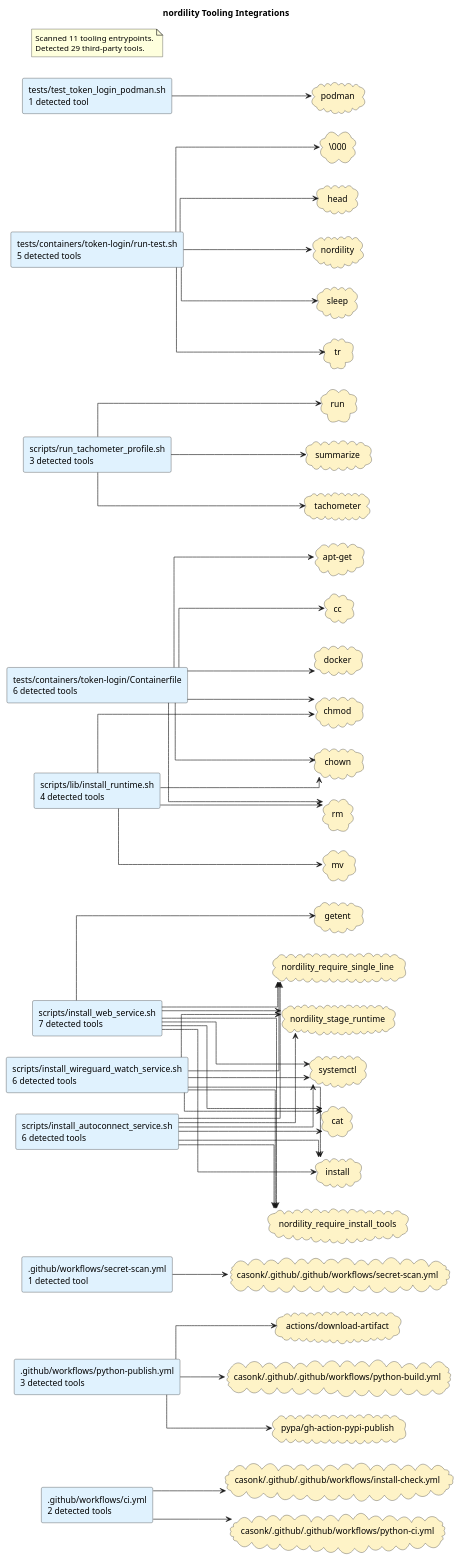
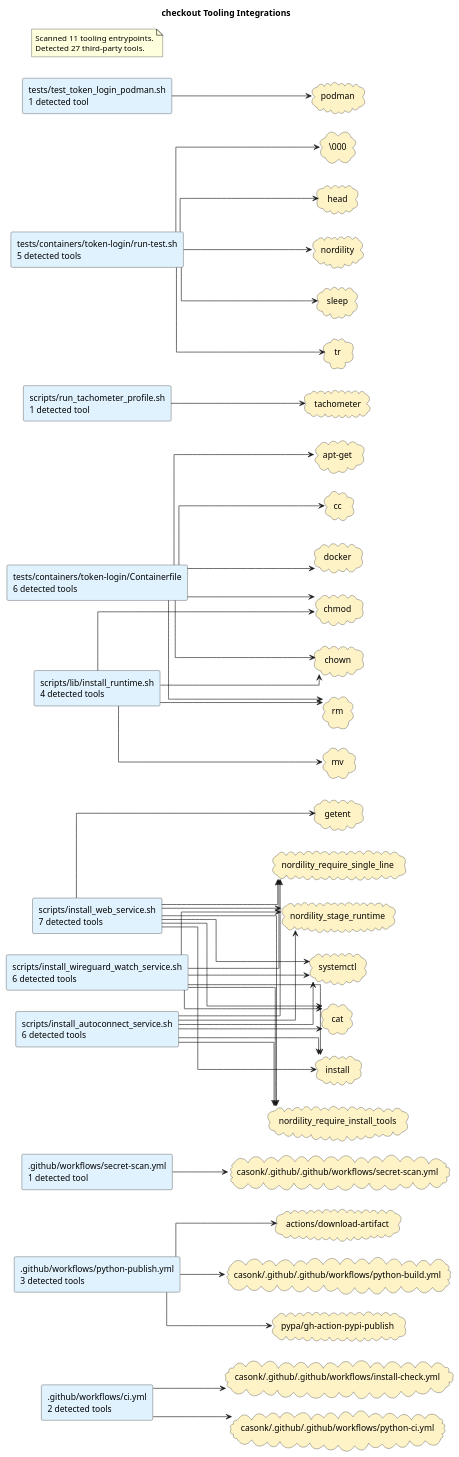
One commit to casonk/nordility changed the diagram in docs/diagrams/tooling-integrations.puml. Above: the diagram before and after it, drawn with PlantUML. The commit also changed 9 other files, not shown here.

Commit message:
docs: refresh generated architecture diagrams (#22)

```diff
--- a/docs/diagrams/tooling-integrations.puml
+++ b/docs/diagrams/tooling-integrations.puml
@@ -1,96 +1,92 @@
 @startuml
-title nordility Tooling Integrations
+title checkout Tooling Integrations
 left to right direction
 skinparam shadowing false
 skinparam defaultFontName Monospace
 skinparam componentStyle rectangle
 skinparam linetype ortho
 rectangle ".github/workflows/ci.yml\n2 detected tools" as source_github_workflows_ci_yml #E0F2FE
 rectangle ".github/workflows/python-publish.yml\n3 detected tools" as source_github_workflows_python_publish_yml #E0F2FE
 rectangle ".github/workflows/secret-scan.yml\n1 detected tool" as source_github_workflows_secret_scan_yml #E0F2FE
 rectangle "scripts/install_autoconnect_service.sh\n6 detected tools" as source_scripts_install_autoconnect_service_sh #E0F2FE
 rectangle "scripts/install_web_service.sh\n7 detected tools" as source_scripts_install_web_service_sh #E0F2FE
 rectangle "scripts/install_wireguard_watch_service.sh\n6 detected tools" as source_scripts_install_wireguard_watch_service_sh #E0F2FE
 rectangle "scripts/lib/install_runtime.sh\n4 detected tools" as source_scripts_lib_install_runtime_sh #E0F2FE
-rectangle "scripts/run_tachometer_profile.sh\n3 detected tools" as source_scripts_run_tachometer_profile_sh #E0F2FE
+rectangle "scripts/run_tachometer_profile.sh\n1 detected tool" as source_scripts_run_tachometer_profile_sh #E0F2FE
 rectangle "tests/containers/token-login/Containerfile\n6 detected tools" as source_tests_containers_token_login_containerfile #E0F2FE
 rectangle "tests/containers/token-login/run-test.sh\n5 detected tools" as source_tests_containers_token_login_run_test_sh #E0F2FE
 rectangle "tests/test_token_login_podman.sh\n1 detected tool" as source_tests_test_token_login_podman_sh #E0F2FE
 cloud "\\000" as tool_tool_000 #FEF3C7
 cloud "actions/download-artifact" as tool_actions_download_artifact #FEF3C7
 cloud "apt-get" as tool_apt_get #FEF3C7
 cloud "casonk/.github/.github/workflows/install-check.yml" as tool_casonk_github_github_workflows_install_check_yml #FEF3C7
 cloud "casonk/.github/.github/workflows/python-build.yml" as tool_casonk_github_github_workflows_python_build_yml #FEF3C7
 cloud "casonk/.github/.github/workflows/python-ci.yml" as tool_casonk_github_github_workflows_python_ci_yml #FEF3C7
 cloud "casonk/.github/.github/workflows/secret-scan.yml" as tool_casonk_github_github_workflows_secret_scan_yml #FEF3C7
 cloud "cat" as tool_cat #FEF3C7
 cloud "cc" as tool_cc #FEF3C7
 cloud "chmod" as tool_chmod #FEF3C7
 cloud "chown" as tool_chown #FEF3C7
 cloud "docker" as tool_docker #FEF3C7
 cloud "getent" as tool_getent #FEF3C7
 cloud "head" as tool_head #FEF3C7
 cloud "install" as tool_install #FEF3C7
 cloud "mv" as tool_mv #FEF3C7
 cloud "nordility" as tool_nordility #FEF3C7
 cloud "nordility_require_install_tools" as tool_nordility_require_install_tools #FEF3C7
 cloud "nordility_require_single_line" as tool_nordility_require_single_line #FEF3C7
 cloud "nordility_stage_runtime" as tool_nordility_stage_runtime #FEF3C7
 cloud "podman" as tool_podman #FEF3C7
 cloud "pypa/gh-action-pypi-publish" as tool_pypa_gh_action_pypi_publish #FEF3C7
 cloud "rm" as tool_rm #FEF3C7
-cloud "run" as tool_run #FEF3C7
 cloud "sleep" as tool_sleep #FEF3C7
-cloud "summarize" as tool_summarize #FEF3C7
 cloud "systemctl" as tool_systemctl #FEF3C7
 cloud "tachometer" as tool_tachometer #FEF3C7
 cloud "tr" as tool_tr #FEF3C7
 source_github_workflows_ci_yml --> tool_casonk_github_github_workflows_install_check_yml
 source_github_workflows_ci_yml --> tool_casonk_github_github_workflows_python_ci_yml
 source_github_workflows_python_publish_yml --> tool_actions_download_artifact
 source_github_workflows_python_publish_yml --> tool_casonk_github_github_workflows_python_build_yml
 source_github_workflows_python_publish_yml --> tool_pypa_gh_action_pypi_publish
 source_github_workflows_secret_scan_yml --> tool_casonk_github_github_workflows_secret_scan_yml
 source_scripts_install_autoconnect_service_sh --> tool_cat
 source_scripts_install_autoconnect_service_sh --> tool_install
 source_scripts_install_autoconnect_service_sh --> tool_nordility_require_install_tools
 source_scripts_install_autoconnect_service_sh --> tool_nordility_require_single_line
 source_scripts_install_autoconnect_service_sh --> tool_nordility_stage_runtime
 source_scripts_install_autoconnect_service_sh --> tool_systemctl
 source_scripts_install_web_service_sh --> tool_cat
 source_scripts_install_web_service_sh --> tool_getent
 source_scripts_install_web_service_sh --> tool_install
 source_scripts_install_web_service_sh --> tool_nordility_require_install_tools
 source_scripts_install_web_service_sh --> tool_nordility_require_single_line
 source_scripts_install_web_service_sh --> tool_nordility_stage_runtime
 source_scripts_install_web_service_sh --> tool_systemctl
 source_scripts_install_wireguard_watch_service_sh --> tool_cat
 source_scripts_install_wireguard_watch_service_sh --> tool_install
 source_scripts_install_wireguard_watch_service_sh --> tool_nordility_require_install_tools
 source_scripts_install_wireguard_watch_service_sh --> tool_nordility_require_single_line
 source_scripts_install_wireguard_watch_service_sh --> tool_nordility_stage_runtime
 source_scripts_install_wireguard_watch_service_sh --> tool_systemctl
 source_scripts_lib_install_runtime_sh --> tool_chmod
 source_scripts_lib_install_runtime_sh --> tool_chown
 source_scripts_lib_install_runtime_sh --> tool_mv
 source_scripts_lib_install_runtime_sh --> tool_rm
-source_scripts_run_tachometer_profile_sh --> tool_run
-source_scripts_run_tachometer_profile_sh --> tool_summarize
 source_scripts_run_tachometer_profile_sh --> tool_tachometer
 source_tests_containers_token_login_containerfile --> tool_apt_get
 source_tests_containers_token_login_containerfile --> tool_cc
 source_tests_containers_token_login_containerfile --> tool_chmod
 source_tests_containers_token_login_containerfile --> tool_chown
 source_tests_containers_token_login_containerfile --> tool_docker
 source_tests_containers_token_login_containerfile --> tool_rm
 source_tests_containers_token_login_run_test_sh --> tool_tool_000
 source_tests_containers_token_login_run_test_sh --> tool_head
 source_tests_containers_token_login_run_test_sh --> tool_nordility
 source_tests_containers_token_login_run_test_sh --> tool_sleep
 source_tests_containers_token_login_run_test_sh --> tool_tr
 source_tests_test_token_login_podman_sh --> tool_podman
 note as toolingGraphSummary
 Scanned 11 tooling entrypoints.
-Detected 29 third-party tools.
+Detected 27 third-party tools.
 end note
 @enduml
```
